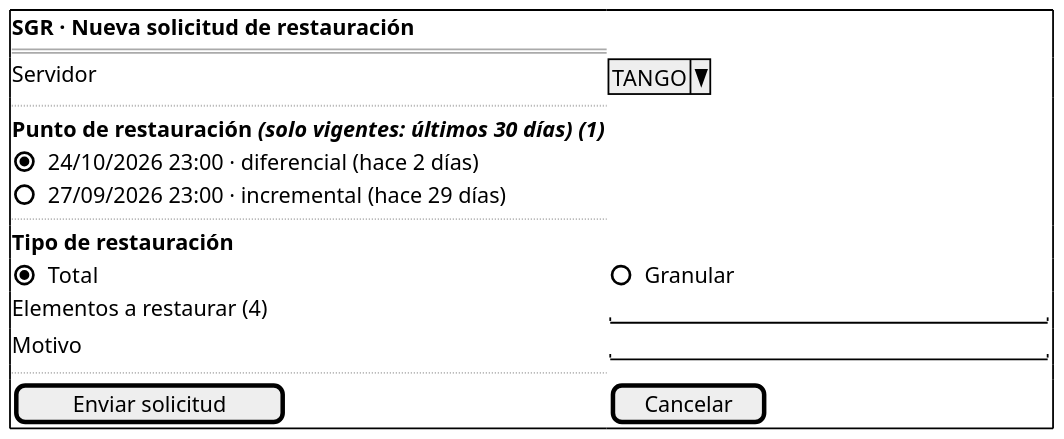
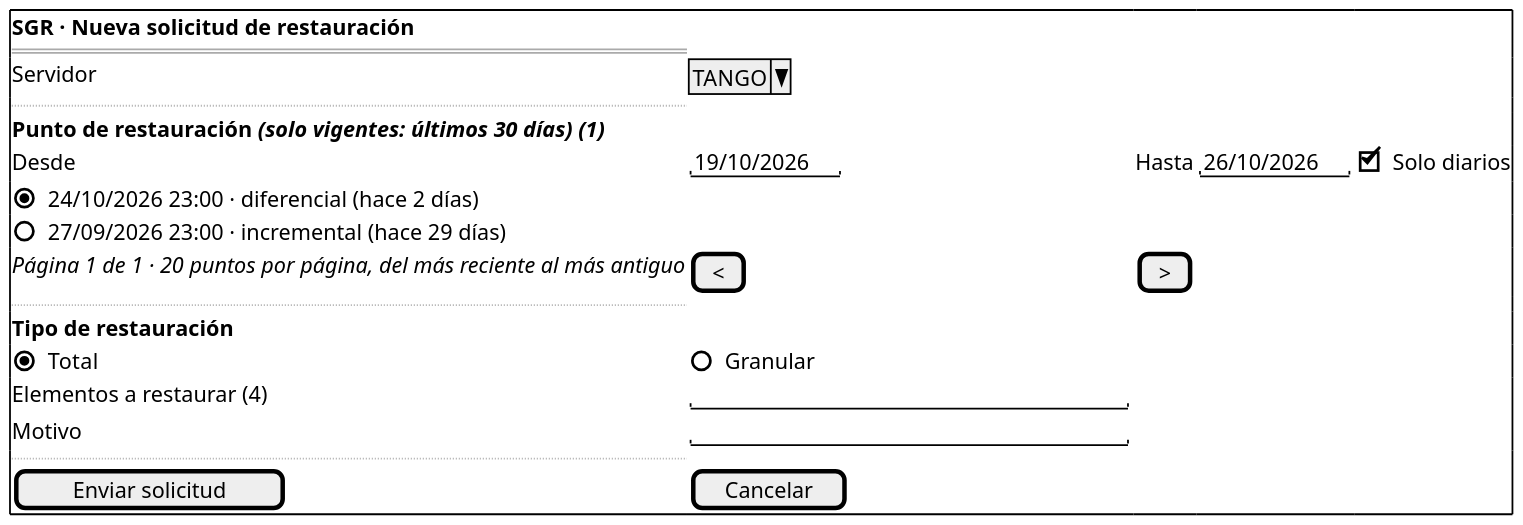
The diagram in prototipo/fuentes/HU-014-p1-solicitud.puml (Julito-Art/ModelacionGruipo17), drawn with PlantUML before and after one commit. The commit also changed 1 other file, not shown here.

```diff
--- a/prototipo/fuentes/HU-014-p1-solicitud.puml
+++ b/prototipo/fuentes/HU-014-p1-solicitud.puml
@@ -1,19 +1,21 @@
 @startsalt
 scale 1.8
 {+
 <b>SGR · Nueva solicitud de restauración
 ==
 Servidor | ^TANGO^
 ..
 <b>Punto de restauración <i>(solo vigentes: últimos 30 días) (1)
+Desde | "19/10/2026" | Hasta | "26/10/2026" | [X] Solo diarios
 (X) 24/10/2026 23:00 · diferencial (hace 2 días)
 ( ) 27/09/2026 23:00 · incremental (hace 29 días)
+<i>Página 1 de 1 · 20 puntos por página, del más reciente al más antiguo | [ < ] | [ > ]
 ..
 <b>Tipo de restauración
 (X) Total | ( ) Granular
 Elementos a restaurar (4) | "                              "
 Motivo | "                              "
 ..
 [ Enviar solicitud ] | [ Cancelar ]
 }
 @endsalt
```
